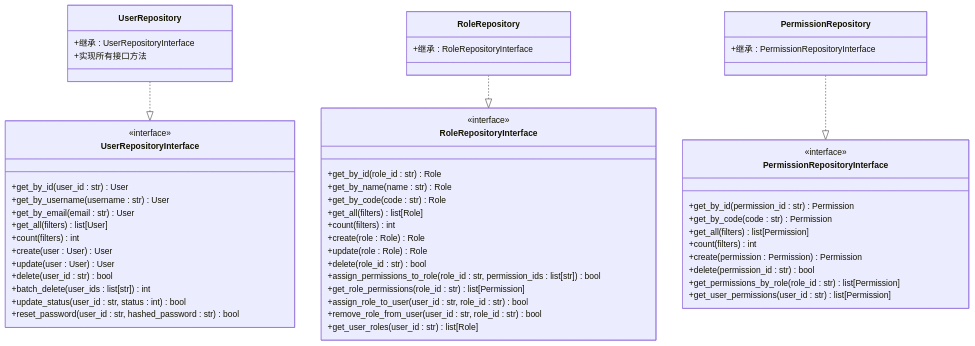
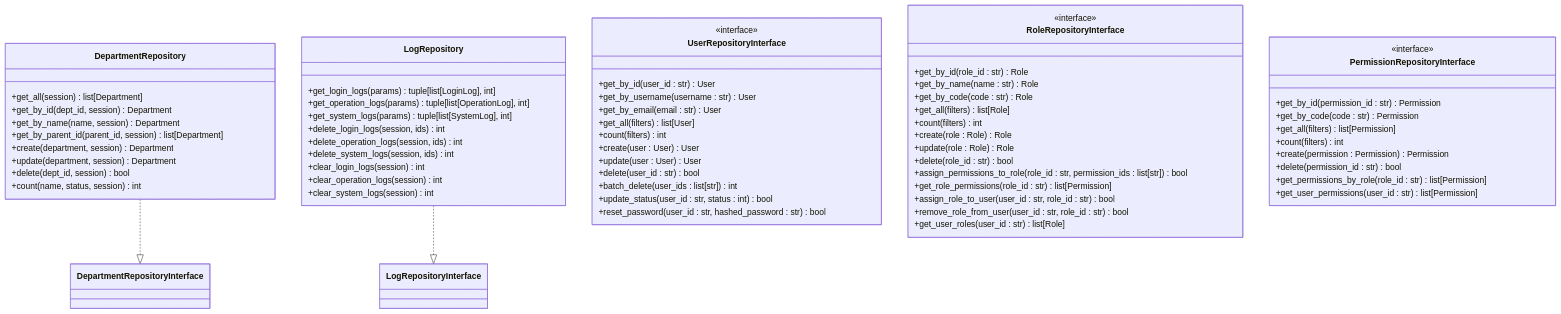
The sixth of 16 diagrams in .qoder/repowiki/zh/content/核心模块/系统管理模块.md (taoweidong/Hello-FastApi), drawn with Mermaid before and after one commit. The commit also changed other lines of this file and 9 other files, not shown here.

````diff
--- a/.qoder/repowiki/zh/content/核心模块/系统管理模块.md
+++ b/.qoder/repowiki/zh/content/核心模块/系统管理模块.md
@@ -302,57 +338,67 @@
 ```mermaid
 classDiagram
+class DepartmentRepository {
++get_all(session) list[Department]
++get_by_id(dept_id, session) Department
++get_by_name(name, session) Department
++get_by_parent_id(parent_id, session) list[Department]
++create(department, session) Department
++update(department, session) Department
++delete(dept_id, session) bool
++count(name, status, session) int
+}
+class LogRepository {
++get_login_logs(params) tuple[list[LoginLog], int]
++get_operation_logs(params) tuple[list[OperationLog], int]
++get_system_logs(params) tuple[list[SystemLog], int]
++delete_login_logs(session, ids) int
++delete_operation_logs(session, ids) int
++delete_system_logs(session, ids) int
++clear_login_logs(session) int
++clear_operation_logs(session) int
++clear_system_logs(session) int
+}
 class UserRepositoryInterface {
 <<interface>>
 +get_by_id(user_id : str) User
 +get_by_username(username : str) User
 +get_by_email(email : str) User
 +get_all(filters) list[User]
 +count(filters) int
 +create(user : User) User
 +update(user : User) User
 +delete(user_id : str) bool
 +batch_delete(user_ids : list[str]) int
 +update_status(user_id : str, status : int) bool
 +reset_password(user_id : str, hashed_password : str) bool
 }
 class RoleRepositoryInterface {
 <<interface>>
 +get_by_id(role_id : str) Role
 +get_by_name(name : str) Role
 +get_by_code(code : str) Role
 +get_all(filters) list[Role]
 +count(filters) int
 +create(role : Role) Role
 +update(role : Role) Role
 +delete(role_id : str) bool
 +assign_permissions_to_role(role_id : str, permission_ids : list[str]) bool
 +get_role_permissions(role_id : str) list[Permission]
 +assign_role_to_user(user_id : str, role_id : str) bool
 +remove_role_from_user(user_id : str, role_id : str) bool
 +get_user_roles(user_id : str) list[Role]
 }
 class PermissionRepositoryInterface {
 <<interface>>
 +get_by_id(permission_id : str) Permission
 +get_by_code(code : str) Permission
 +get_all(filters) list[Permission]
 +count(filters) int
 +create(permission : Permission) Permission
 +delete(permission_id : str) bool
 +get_permissions_by_role(role_id : str) list[Permission]
 +get_user_permissions(user_id : str) list[Permission]
 }
-class UserRepository {
-+继承 : UserRepositoryInterface
-+实现所有接口方法
-}
-class RoleRepository {
-+继承 : RoleRepositoryInterface
-}
-class PermissionRepository {
-+继承 : PermissionRepositoryInterface
-}
-UserRepository ..|> UserRepositoryInterface
-RoleRepository ..|> RoleRepositoryInterface
-PermissionRepository ..|> PermissionRepositoryInterface
+DepartmentRepository ..|> DepartmentRepositoryInterface
+LogRepository ..|> LogRepositoryInterface
 ```
````
